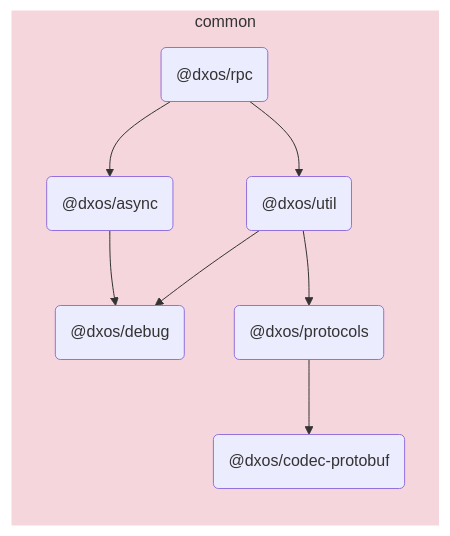
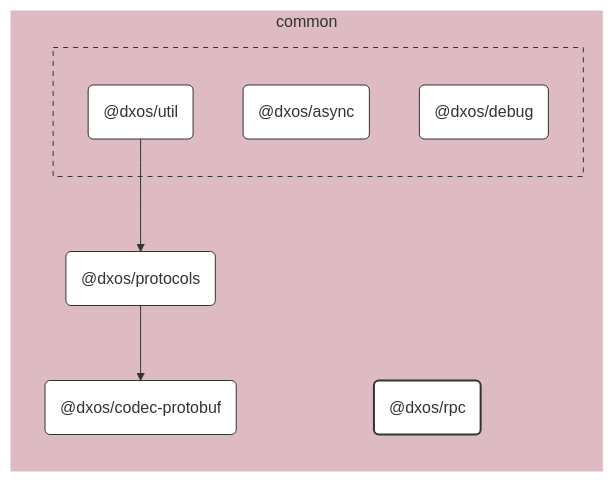
One commit to dxos/dxos changed the diagram in packages/common/rpc/docs/README.md. Above: the diagram before and after it, drawn with Mermaid. The commit also changed other lines of this file and 109 other files, not shown here.

````diff
--- a/packages/common/rpc/docs/README.md
+++ b/packages/common/rpc/docs/README.md
@@ -5,20 +7,47 @@
 ```mermaid
-flowchart LR;
+%%{ init: {'flowchart':{'curve':'basis'}} }%%
 
+flowchart LR
+
+%% Links
+dxos/protocols --> dxos/codec-protobuf;
+dxos/util --> dxos/protocols;
+
+%% Sections
 subgraph common
-  style common fill:#f5d6dd,stroke:#fff;
-  dxos/rpc("@dxos/rpc");
-  dxos/async("@dxos/async");
-  dxos/debug("@dxos/debug");
-  dxos/codec-protobuf("@dxos/codec-protobuf");
-  dxos/protocols("@dxos/protocols");
-  dxos/util("@dxos/util");
+  style common fill:#debac2,stroke:#fff;
+
+  dxos/codec-protobuf("@dxos/codec-protobuf")
+  dxos/protocols("@dxos/protocols")
+  dxos/rpc("@dxos/rpc")
+
+  subgraph common-excluded [ ]
+    style common-excluded fill:#debac2,stroke:#333,stroke-dasharray:5 5;
+
+    dxos/async("@dxos/async")
+    dxos/debug("@dxos/debug")
+    dxos/util("@dxos/util")
+  end
 end
 
-dxos/rpc --> dxos/async;
-dxos/async --> dxos/debug;
-dxos/protocols --> dxos/codec-protobuf;
-dxos/rpc --> dxos/util;
-dxos/util --> dxos/debug;
-dxos/util --> dxos/protocols;
+
+%% Hyperlinks
+click dxos/async href "https:/github.com/dxos/dxos/tree/main/packages/common/async/docs";
+click dxos/codec-protobuf href "https:/github.com/dxos/dxos/tree/main/packages/common/codec-protobuf/docs";
+click dxos/debug href "https:/github.com/dxos/dxos/tree/main/packages/common/debug/docs";
+click dxos/protocols href "https:/github.com/dxos/dxos/tree/main/packages/common/protocols/docs";
+click dxos/util href "https:/github.com/dxos/dxos/tree/main/packages/common/util/docs";
+
+%% Styles
+classDef rootNode fill:#fff,stroke:#333,stroke-width:2px
+classDef defaultNode fill:#fff,stroke:#333,stroke-width:1px
+linkStyle default stroke:#333,stroke-width:1px
+
+dxos/rpc:::rootNode
+
+dxos/async:::defaultNode
+dxos/codec-protobuf:::defaultNode
+dxos/debug:::defaultNode
+dxos/protocols:::defaultNode
+dxos/util:::defaultNode
 ```
````
